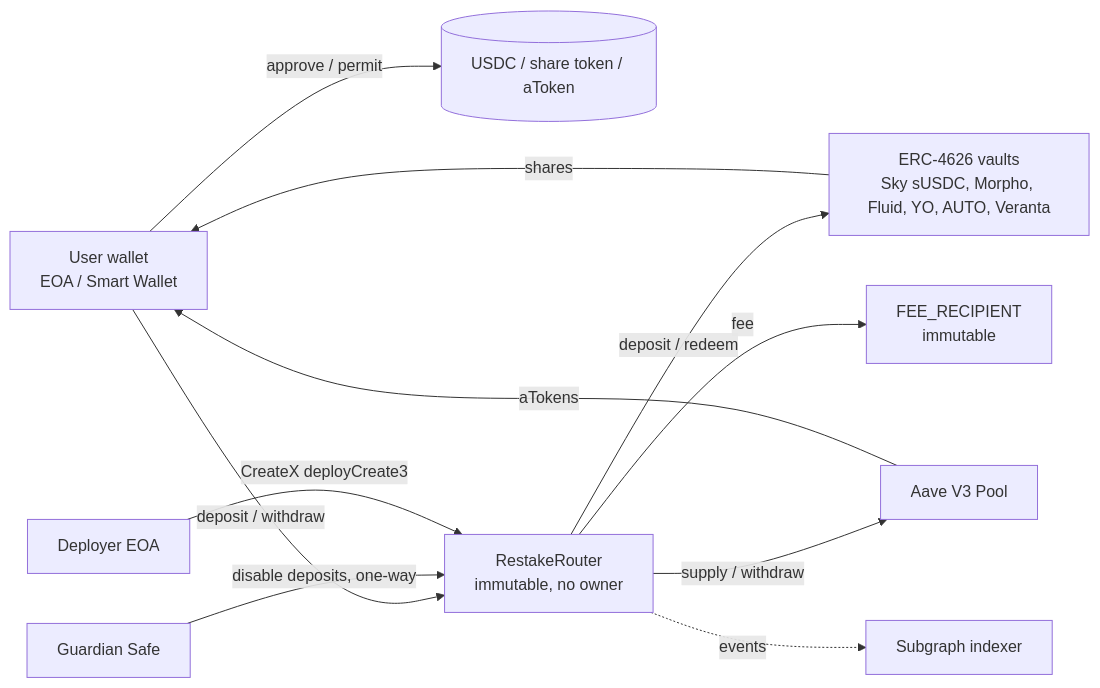
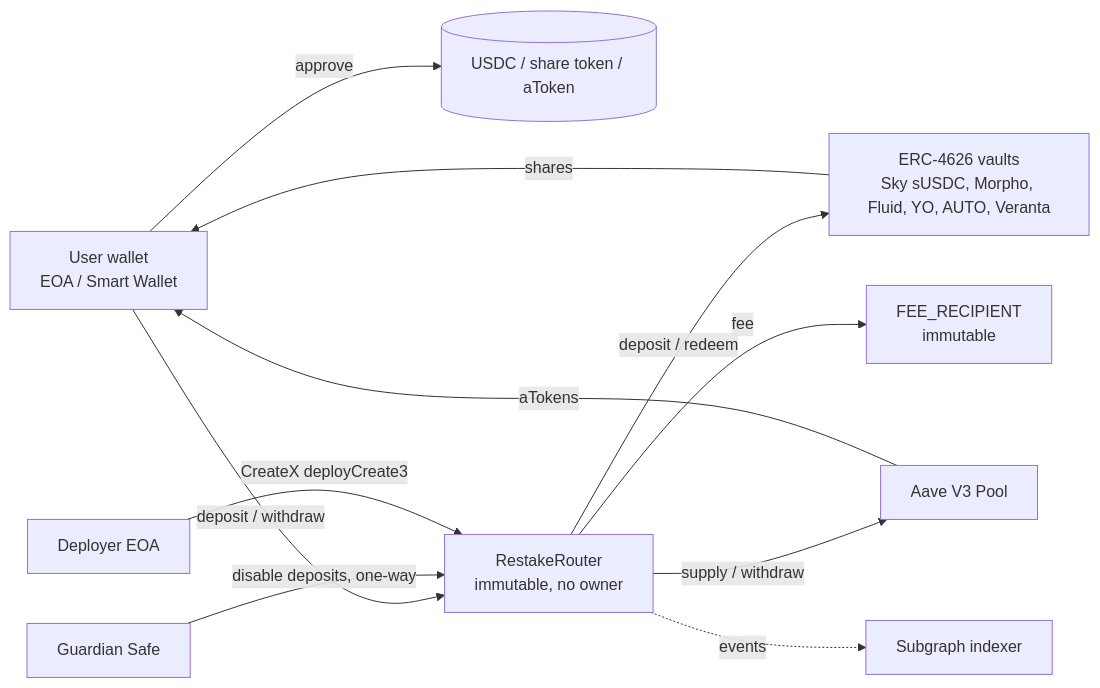
Before and after one commit to unodev-core/restake-router-defi: the first of 3 diagrams in docs/architecture-v1.0.md, drawn with Mermaid. The commit also changed other lines of this file and 1 other file, not shown here.

````diff
--- a/docs/architecture-v1.0.md
+++ b/docs/architecture-v1.0.md
@@ -73,13 +73,13 @@
 ```mermaid
 flowchart LR
-    U[User wallet<br/>EOA / Smart Wallet] -- approve / permit --> T[(USDC / share token / aToken)]
+    U[User wallet<br/>EOA / Smart Wallet] -- approve --> T[(USDC / share token / aToken)]
     U -- deposit / withdraw --> R[RestakeRouter<br/>immutable, no owner]
     R -- fee --> F[FEE_RECIPIENT<br/>immutable]
     R -- deposit / redeem --> V[ERC-4626 vaults<br/>Sky sUSDC, Morpho, Fluid, YO, AUTO, Veranta]
     R -- supply / withdraw --> A[Aave V3 Pool]
     V -- shares --> U
     A -- aTokens --> U
     R -. events .-> G[Subgraph indexer]
     GD[Guardian Safe] -- disable deposits, one-way --> R
     D[Deployer EOA] -- CreateX deployCreate3 --> R
 ```
````
